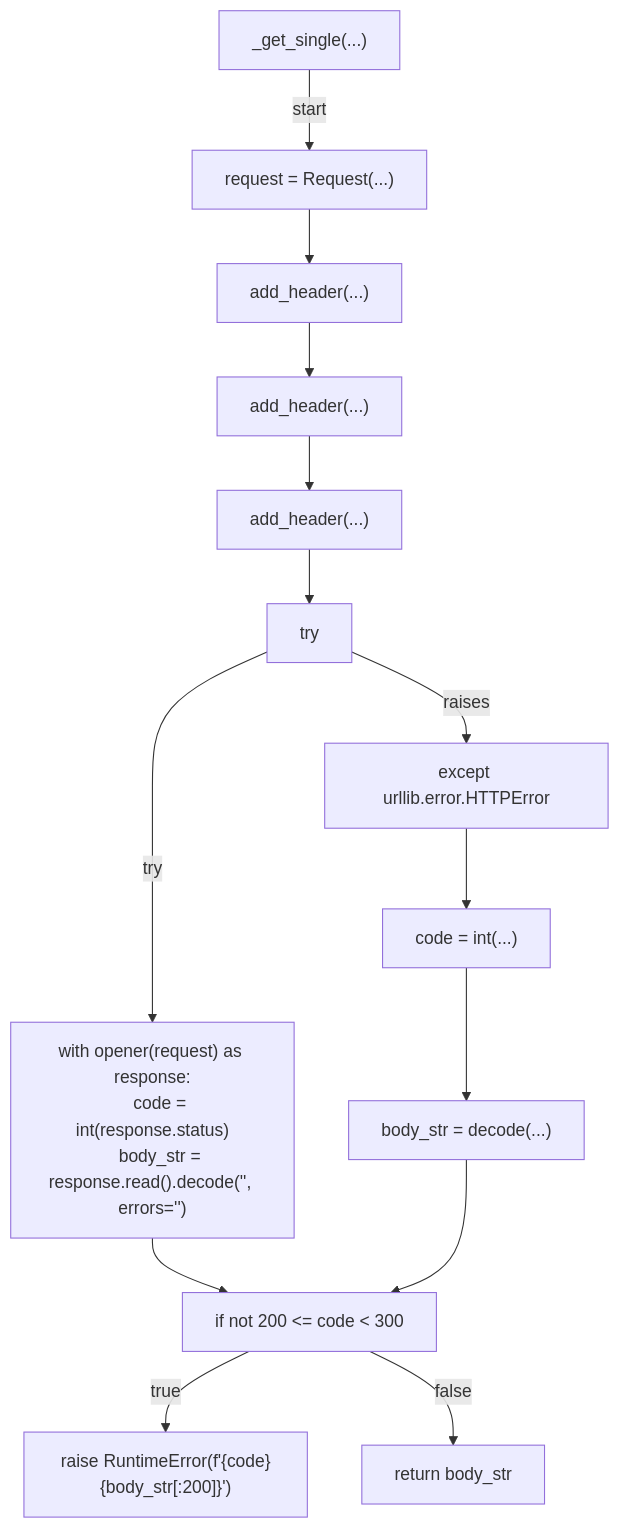
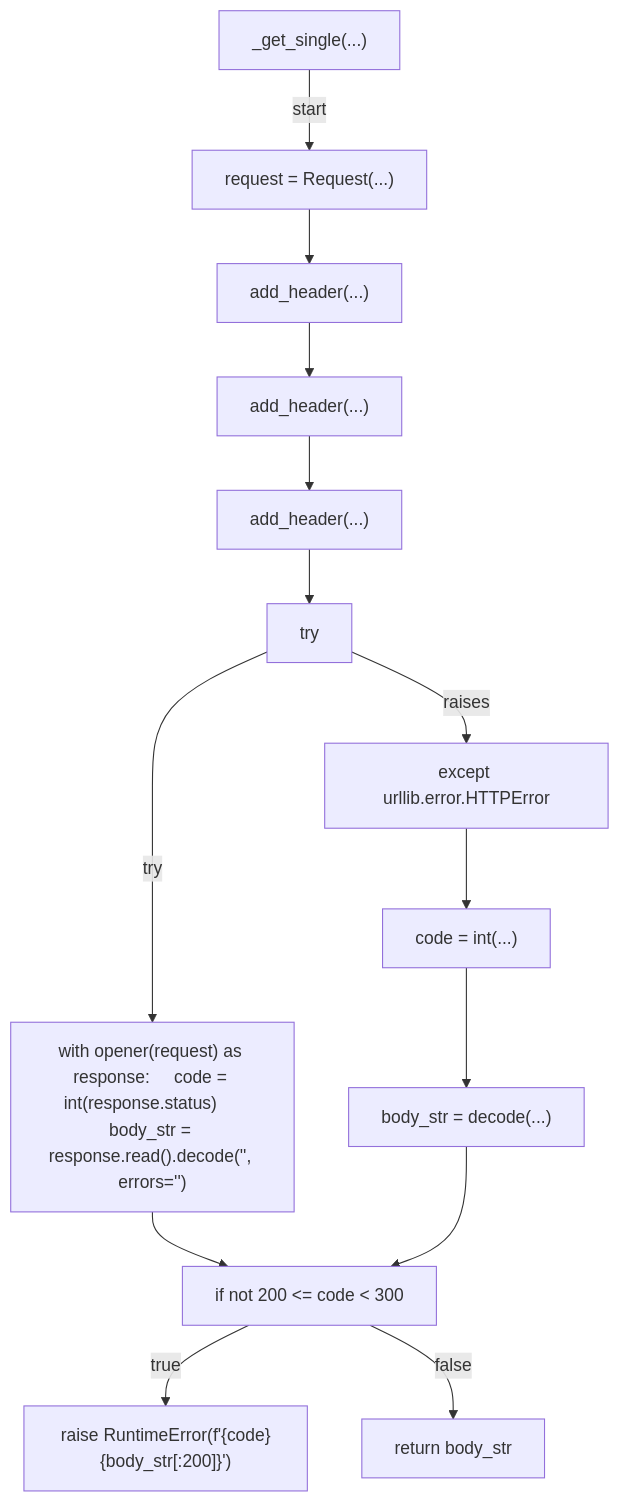
The second of 7 diagrams in docs/generated/scripts/ast/github_paginate.md (tvna/claude-md), drawn with Mermaid before and after one commit. The commit also changed other lines of this file and 30 other files, not shown here.

First line of the commit message:
docs(generated): regenerate decision tree and workflow diagrams (batch 2/5)

````diff
--- a/docs/generated/scripts/ast/github_paginate.md
+++ b/docs/generated/scripts/ast/github_paginate.md
@@ -49,31 +22,29 @@
 ```mermaid
 flowchart TD
     N001["_get_single(...)"]
     N002["request = Request(...)"]
     N003["add_header(...)"]
     N004["add_header(...)"]
     N005["add_header(...)"]
     N006["try"]
-    N007["with opener(request) as response:
-    code = int(response.status)
-    body_str = response.read().decode('<str>', errors='<str>')"]
+    N007["with opener(request) as response:     code = int(response.status)     body_str = response.read().decode('<str>', errors='<str>')"]
     N008["except urllib.error.HTTPError"]
     N009["code = int(...)"]
     N010["body_str = decode(...)"]
     N011["if not 200 <= code < 300"]
     N012["raise RuntimeError(f'<str>{code}<str>{body_str[:200]}')"]
     N013["return body_str"]
     N001 -->|"start"| N002
     N002 --> N003
     N003 --> N004
     N004 --> N005
     N005 --> N006
     N006 -->|"try"| N007
     N006 -->|"raises"| N008
     N008 --> N009
     N009 --> N010
     N007 --> N011
     N010 --> N011
     N011 -->|"true"| N012
     N011 -->|"false"| N013
 ```
````
